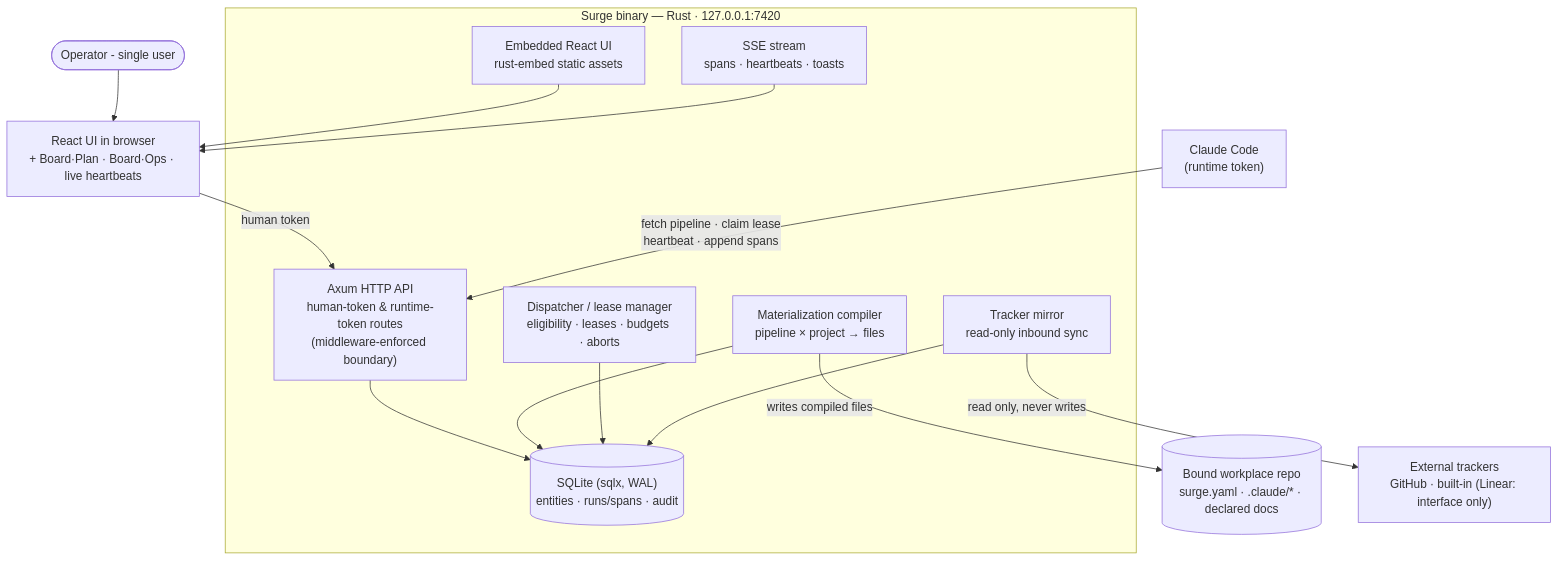
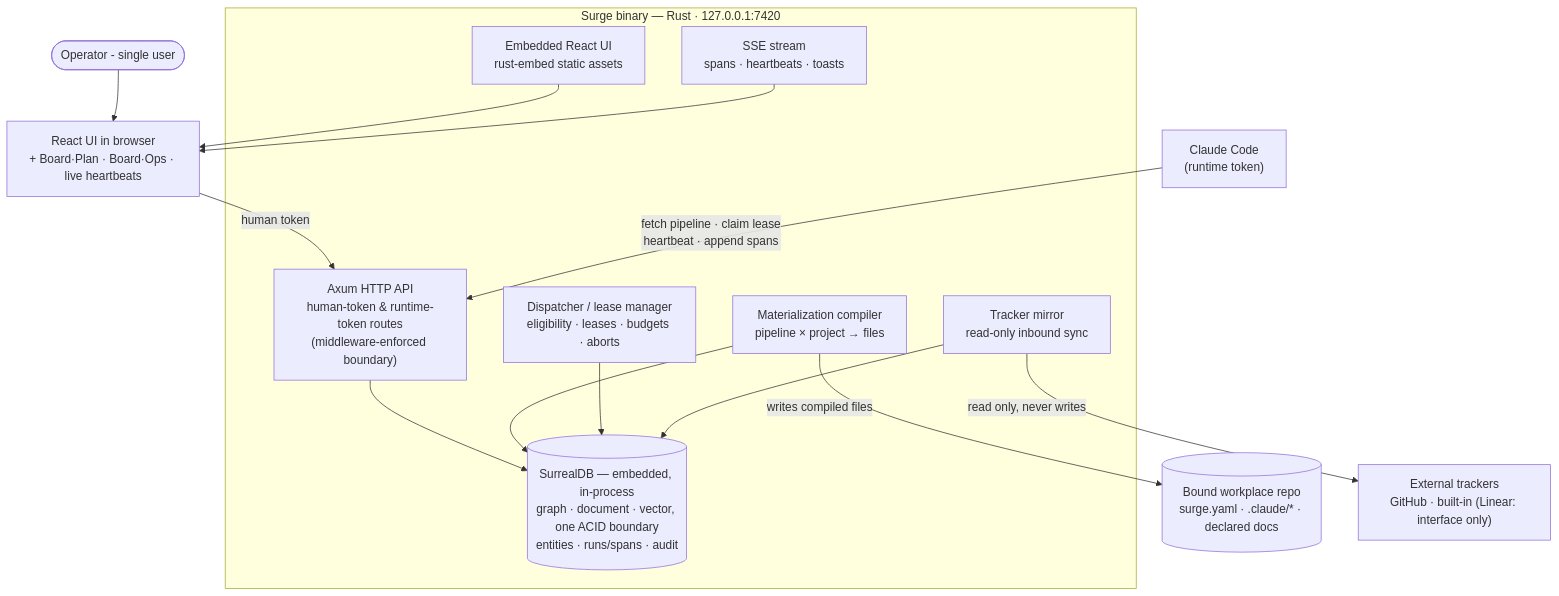
Before and after one commit to traitbound/surge: the diagram in docs/phases/phase-2/phase.md, drawn with Mermaid. The commit also changed other lines of this file and 8 other files, not shown here.

First line of the commit message:
Swap the store to embedded SurrealDB (supersede ADR-2)

````diff
--- a/docs/phases/phase-2/phase.md
+++ b/docs/phases/phase-2/phase.md
@@ -48,31 +48,31 @@
 ```mermaid
 graph TB
     operator([Operator - single user])
 
     subgraph binary["Surge binary — Rust · 127.0.0.1:7420"]
         api["Axum HTTP API<br/>human-token & runtime-token routes<br/>(middleware-enforced boundary)"]
-        db[("SQLite (sqlx, WAL)<br/>entities · runs/spans · audit")]
+        db[("SurrealDB — embedded, in-process<br/>graph · document · vector, one ACID boundary<br/>entities · runs/spans · audit")]
         compiler["Materialization compiler<br/>pipeline × project → files"]
         dispatcher["Dispatcher / lease manager<br/>eligibility · leases · budgets · aborts"]
         mirror["Tracker mirror<br/>read-only inbound sync"]
         sse["SSE stream<br/>spans · heartbeats · toasts"]
         ui_assets["Embedded React UI<br/>rust-embed static assets"]
     end
 
     browser["React UI in browser<br/>+ Board·Plan · Board·Ops · live heartbeats"]
     runtime["Claude Code<br/>(runtime token)"]
     repo[("Bound workplace repo<br/>surge.yaml · .claude/* · declared docs")]
     tracker["External trackers<br/>GitHub · built-in (Linear: interface only)"]
 
     operator --> browser
     browser -->|"human token"| api
     ui_assets --> browser
     sse --> browser
     runtime -->|"fetch pipeline · claim lease<br/>heartbeat · append spans"| api
     api --> db
     compiler --> db
     dispatcher --> db
     mirror --> db
     compiler -->|"writes compiled files"| repo
     mirror -->|"read only, never writes"| tracker
 ```
````
